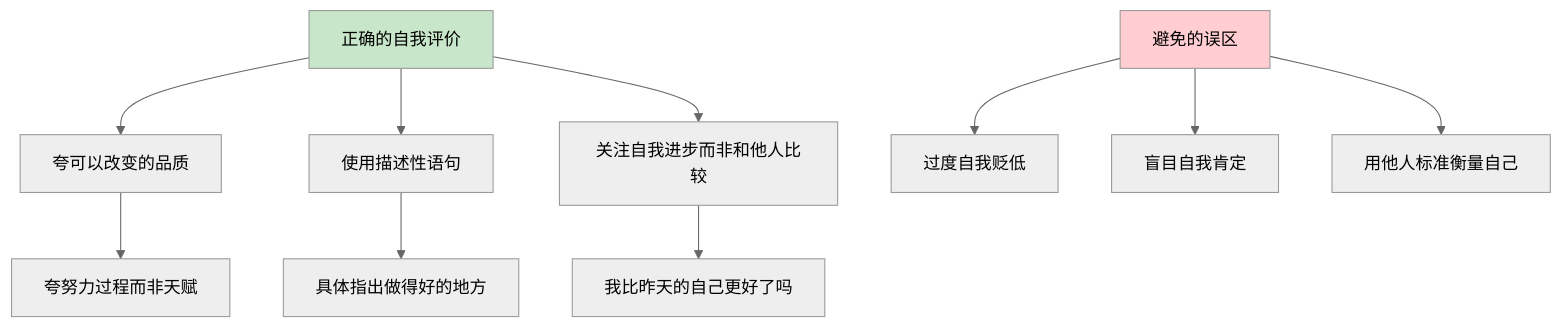
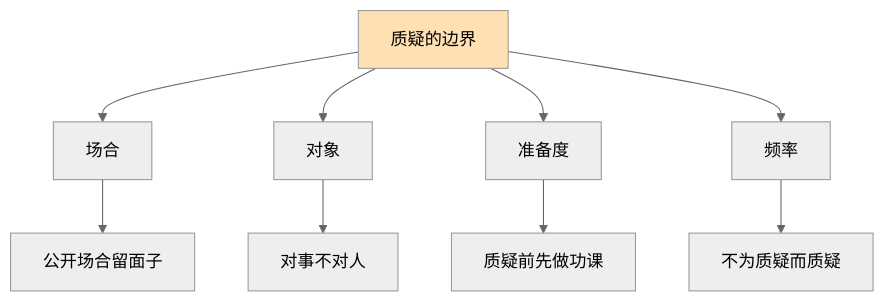
One commit to chongyang211/YCBookBlog changed the fifth of 7 diagrams in 10.打工充平常记录/10.自我精进七课/07.底层思维的训练/7.5质疑精神的分析.md. Above: the diagram before and after it, drawn with Mermaid (neutral theme). The commit also changed other lines of this file and 55 other files, not shown here.

````diff
--- a/10.打工充平常记录/10.自我精进七课/07.底层思维的训练/7.5质疑精神的分析.md
+++ b/10.打工充平常记录/10.自我精进七课/07.底层思维的训练/7.5质疑精神的分析.md
@@ -275,14 +195,12 @@
 ```mermaid
 graph TD
-    A[正确的自我评价] --> B[夸可以改变的品质]
-    A --> C[使用描述性语句]
-    A --> D[关注自我进步而非和他人比较]
-    B --> B1[夸努力过程而非天赋]
-    C --> C1[具体指出做得好的地方]
-    D --> D1[我比昨天的自己更好了吗]
-    E[避免的误区] --> E1[过度自我贬低]
-    E --> E2[盲目自我肯定]
-    E --> E3[用他人标准衡量自己]
-    style A fill:#c8e6c9
-    style E fill:#ffcdd2
+    A[质疑的边界] --> B[场合]
+    A --> C[对象]
+    A --> D[准备度]
+    A --> E[频率]
+    B --> B1[公开场合留面子]
+    C --> C1[对事不对人]
+    D --> D1[质疑前先做功课]
+    E --> E1[不为质疑而质疑]
+    style A fill:#ffe0b2
 ```
````
